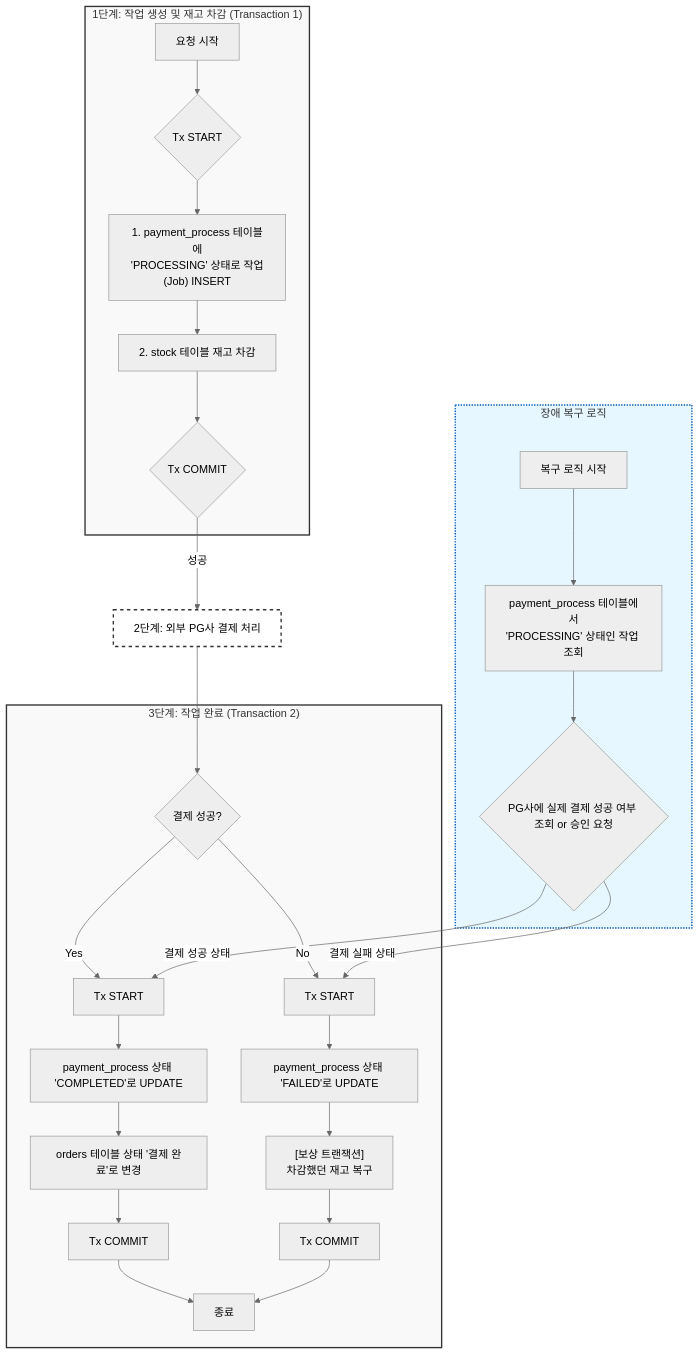
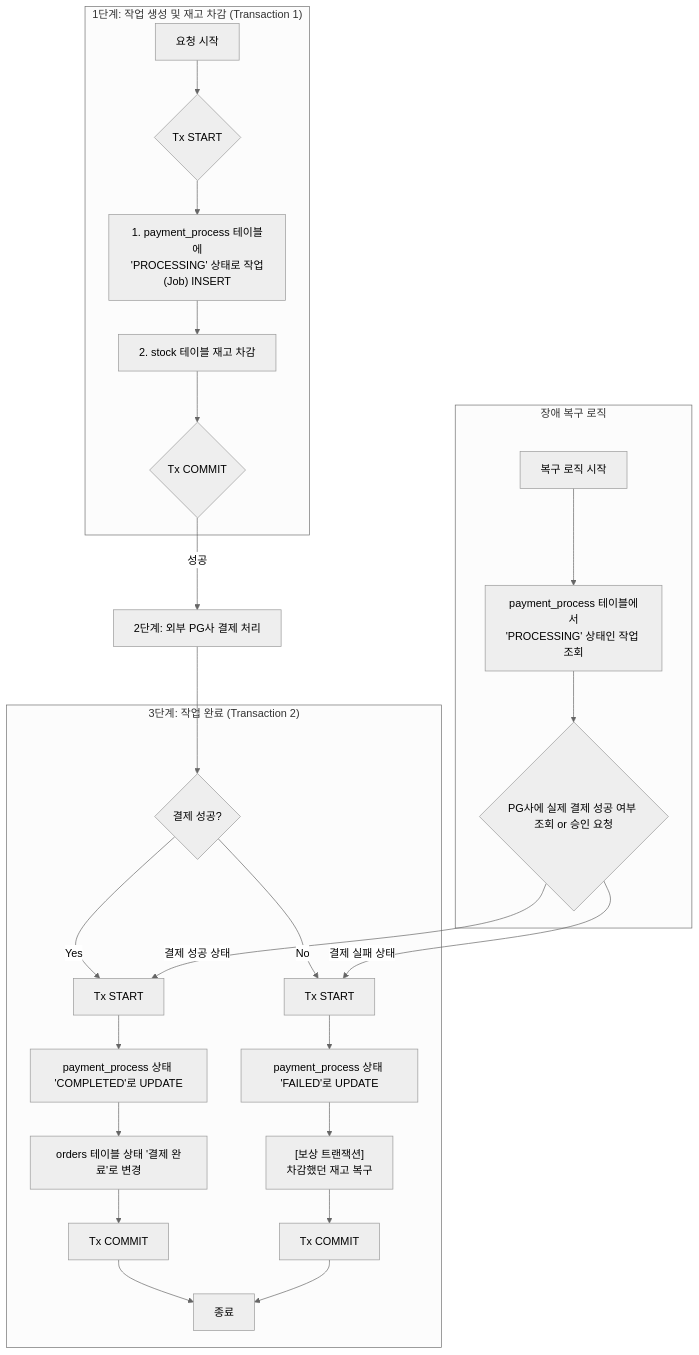
The second of 4 diagrams in src/content/docs/blog/payment-compensation-transaction.md (hyoguoo/hyoguoo.github.io), drawn with Mermaid (neutral theme) before and after one commit. The commit also changed other lines of this file and 8 other files, not shown here.

Commit message:
mod: 가독성을 위한 mermaid 색상 수정

````diff
--- a/src/content/docs/blog/payment-compensation-transaction.md
+++ b/src/content/docs/blog/payment-compensation-transaction.md
@@ -93,39 +93,33 @@
 ```mermaid
 graph TD
     subgraph sg1 ["1단계: 작업 생성 및 재고 차감 (Transaction 1)"]
         A["요청 시작"] --> B{"Tx START"};
         B --> C["1. payment_process 테이블에<br/>'PROCESSING' 상태로 작업(Job) INSERT"];
         C --> D["2. stock 테이블 재고 차감"];
         D --> E{"Tx COMMIT"};
     end
 
     E -- 성공 --> F["2단계: 외부 PG사 결제 처리"];
     F --> G{결제 성공?};
     subgraph sg3 ["3단계: 작업 완료 (Transaction 2)"]
         G -- Yes --> H_Success["Tx START"];
         H_Success --> I_Success["payment_process 상태 'COMPLETED'로 UPDATE"];
         I_Success --> J_Success["orders 테이블 상태 '결제 완료'로 변경"];
         J_Success --> K_Success["Tx COMMIT"];
         K_Success --> L_End["종료"];
         G -- No --> H_Fail["Tx START"];
         H_Fail --> I_Fail["payment_process 상태 'FAILED'로 UPDATE"];
         I_Fail --> J_Fail["[보상 트랜잭션]<br/>차감했던 재고 복구"];
         J_Fail --> K_Fail["Tx COMMIT"];
         K_Fail --> L_End;
     end
 
     subgraph sg_recovery ["장애 복구 로직"]
         Z["복구 로직 시작"] --> Y["payment_process 테이블에서<br/>'PROCESSING' 상태인 작업 조회"];
         Y --> X{"PG사에 실제 결제 성공 여부 조회 or 승인 요청"};
 
     %% 복구 로직이 중단되었던 3단계 로직을 다시 실행
         X -- " 결제 성공 상태 " --> H_Success;
         X -- " 결제 실패 상태 " --> H_Fail;
     end
-
-%% Style definitions using IDs
-    style sg1 fill: #f9f9f9, stroke: #333, stroke-width: 2px
-    style F fill: #fff, stroke: #333, stroke-width: 2px, stroke-dasharray: 5 5
-    style sg3 fill: #f9f9f9, stroke: #333, stroke-width: 2px
-    style sg_recovery fill: #e6f7ff, stroke: #0056b3, stroke-width: 2px, stroke-dasharray: 2 2
 ```
````
